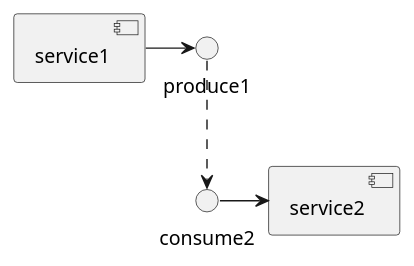
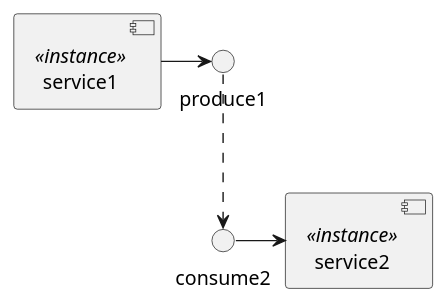
The diagram in doc/intro/puml/workflow.puml (wdc-molfar/msapi-schemas), drawn with PlantUML before and after one commit.

```diff
--- a/doc/intro/puml/workflow.puml
+++ b/doc/intro/puml/workflow.puml
@@ -1,10 +1,10 @@
 @startuml
-  component service1
+  component  service1 <<instance>>
   interface produce1
-  component service2
+  component  service2 <<instance>>
   interface consume2
   
   service1 -> produce1
   produce1 ..> consume2
   consume2 -> service2
 @enduml
```
